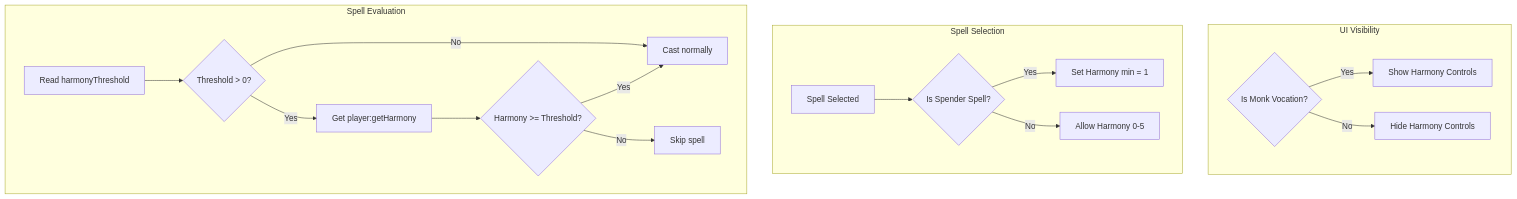
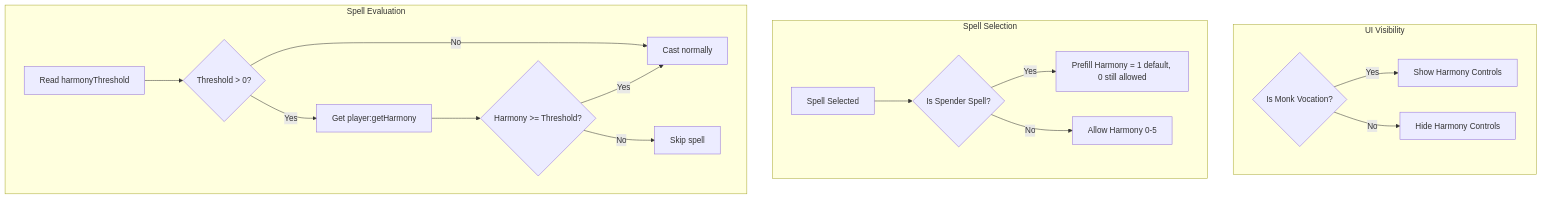
Before and after one commit to allanzinhodev/ivalice_mmorpg: the fifth of 18 diagrams in client/mods/game_helper/diagram/magic_shooter.md, drawn with Mermaid. The commit also changed other lines of this file and 185 other files, not shown here.

````diff
--- a/client/mods/game_helper/diagram/magic_shooter.md
+++ b/client/mods/game_helper/diagram/magic_shooter.md
@@ -247,22 +247,22 @@
 ```mermaid
 flowchart TD
     subgraph "UI Visibility"
         A{Is Monk Vocation?} -->|Yes| B[Show Harmony Controls]
         A -->|No| C[Hide Harmony Controls]
     end
 
     subgraph "Spell Selection"
         SEL[Spell Selected] --> SP{Is Spender Spell?}
-        SP -->|Yes| MIN[Set Harmony min = 1]
+        SP -->|Yes| MIN[Prefill Harmony = 1 default, 0 still allowed]
         SP -->|No| DEF[Allow Harmony 0-5]
     end
 
     subgraph "Spell Evaluation"
         D[Read harmonyThreshold] --> E{Threshold > 0?}
         E -->|No| F[Cast normally]
         E -->|Yes| G[Get player:getHarmony]
         G --> H{Harmony >= Threshold?}
         H -->|Yes| F
         H -->|No| I[Skip spell]
     end
 ```
````
